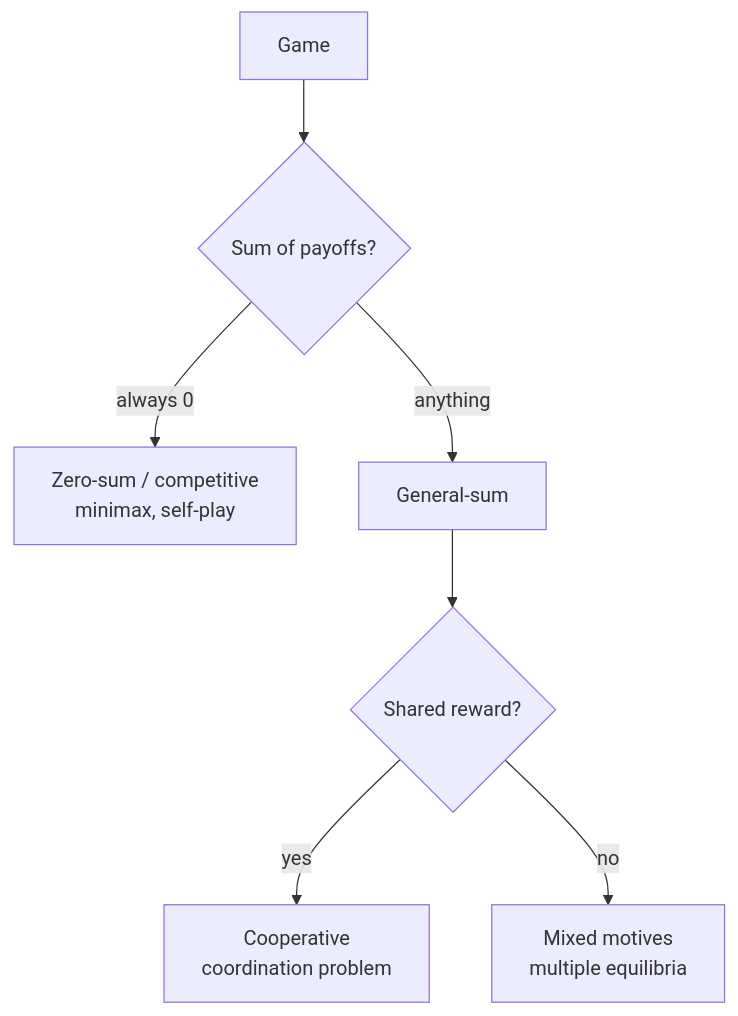
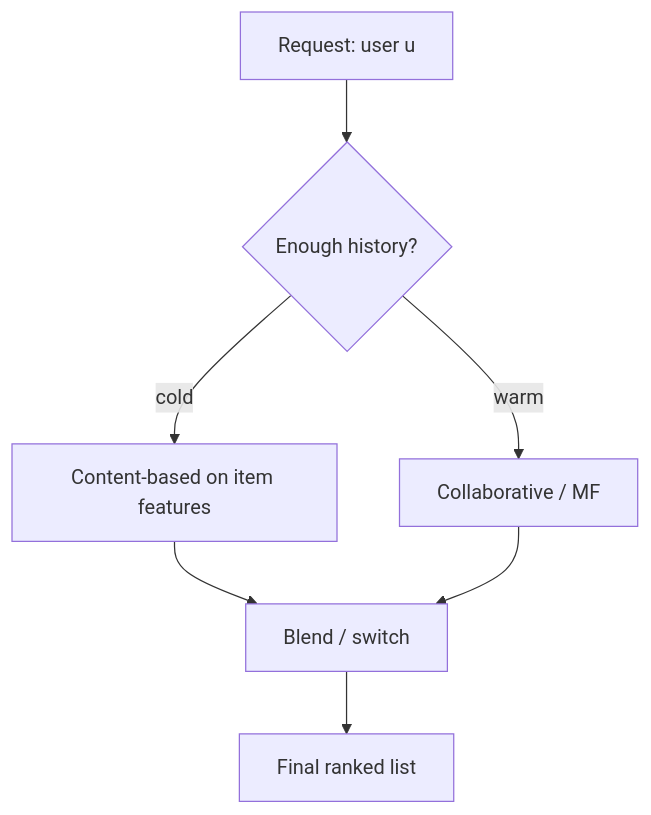
The second of 4 diagrams in ai-ml-encyclopedia/ch26.qmd (kader-xai/kader-xai.github.io), drawn with Mermaid before and after one commit. The commit also changed other lines of this file and 47 other files, not shown here.

````diff
--- a/ai-ml-encyclopedia/ch26.qmd
+++ b/ai-ml-encyclopedia/ch26.qmd
@@ -139,9 +214,9 @@
 ```{mermaid}
 flowchart TD
-    G[Game] --> Z{Sum of payoffs?}
-    Z -->|always 0| ZS[Zero-sum / competitive<br/>minimax, self-play]
-    Z -->|anything| GS[General-sum]
-    GS --> C{Shared reward?}
-    C -->|yes| CO[Cooperative<br/>coordination problem]
-    C -->|no| MX[Mixed motives<br/>multiple equilibria]
+  U[Request: user u] --> C{Enough history?}
+  C -->|cold| CB[Content-based on item features]
+  C -->|warm| CF[Collaborative / MF]
+  CB --> M[Blend / switch]
+  CF --> M
+  M --> R[Final ranked list]
 ```
````
